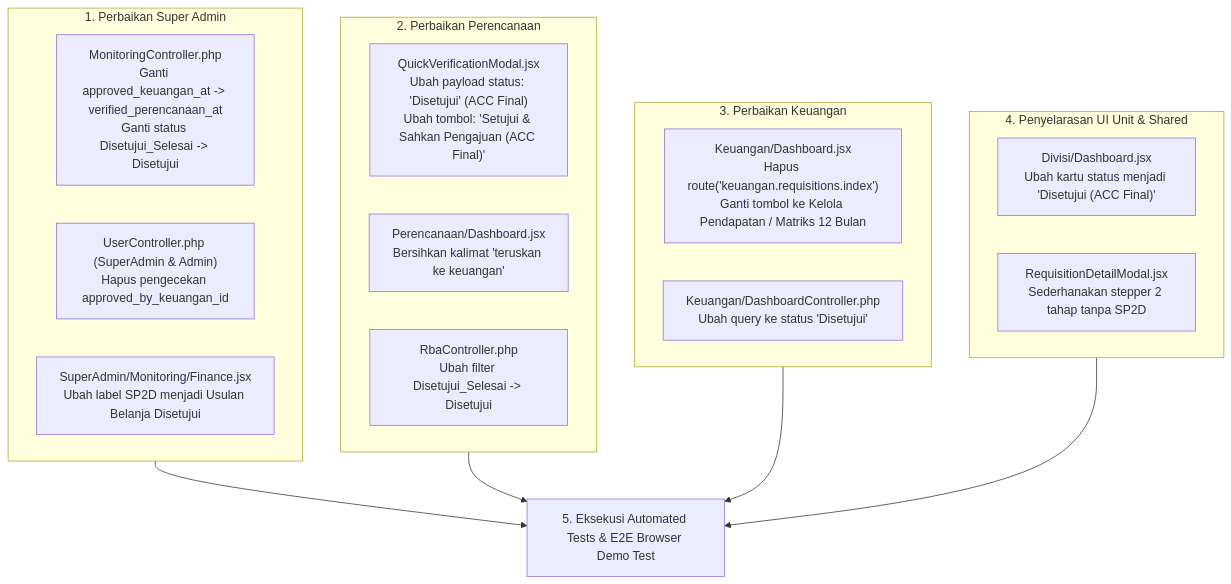
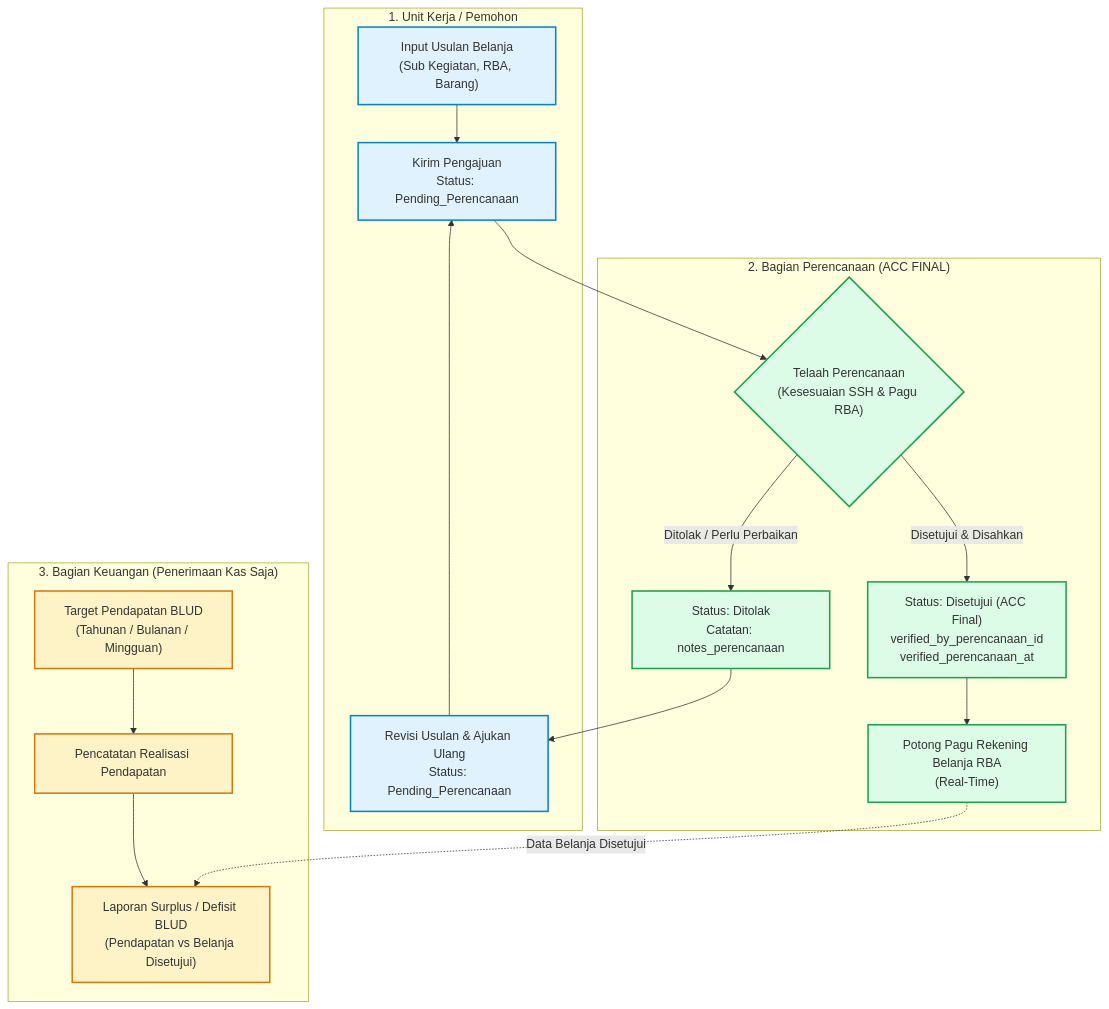
Before and after one commit to NabilSH20/si-blud: the diagram in issue.md, drawn with Mermaid. The commit also changed other lines of this file and 12 other files, not shown here.

Commit message:
chore(workflow): clean up residual keuangan references in sidebars, RBA tab 4, validation messages, and dashboards

````diff
--- a/issue.md
+++ b/issue.md
@@ -75,29 +34,28 @@
 ```mermaid
 flowchart TD
-    subgraph FIX_SUPER_ADMIN["1. Perbaikan Super Admin"]
-        SA1["MonitoringController.php<br/>Ganti approved_keuangan_at -> verified_perencanaan_at<br/>Ganti status Disetujui_Selesai -> Disetujui"]
-        SA2["UserController.php (SuperAdmin & Admin)<br/>Hapus pengecekan approved_by_keuangan_id"]
-        SA3["SuperAdmin/Monitoring/Finance.jsx<br/>Ubah label SP2D menjadi Usulan Belanja Disetujui"]
+    subgraph Unit_Kerja["1. Unit Kerja / Pemohon"]
+        A["Input Usulan Belanja<br/>(Sub Kegiatan, RBA, Barang)"] --> B["Kirim Pengajuan<br/>Status: Pending_Perencanaan"]
+        Rev["Revisi Usulan & Ajukan Ulang<br/>Status: Pending_Perencanaan"] --> B
     end
 
-    subgraph FIX_PERENCANAAN["2. Perbaikan Perencanaan"]
-        P1["QuickVerificationModal.jsx<br/>Ubah payload status: 'Disetujui' (ACC Final)<br/>Ubah tombol: 'Setujui & Sahkan Pengajuan (ACC Final)'"]
-        P2["Perencanaan/Dashboard.jsx<br/>Bersihkan kalimat 'teruskan ke keuangan'"]
-        P3["RbaController.php<br/>Ubah filter Disetujui_Selesai -> Disetujui"]
+    subgraph Tim_Perencanaan["2. Bagian Perencanaan (ACC FINAL)"]
+        B --> C{"Telaah Perencanaan<br/>(Kesesuaian SSH & Pagu RBA)"}
+        C -- "Ditolak / Perlu Perbaikan" --> D["Status: Ditolak<br/>Catatan: notes_perencanaan"]
+        D --> Rev
+        C -- "Disetujui & Disahkan" --> E["Status: Disetujui (ACC Final)<br/>verified_by_perencanaan_id<br/>verified_perencanaan_at"]
+        E --> F["Potong Pagu Rekening Belanja RBA<br/>(Real-Time)"]
     end
 
-    subgraph FIX_KEUANGAN["3. Perbaikan Keuangan"]
-        K1["Keuangan/Dashboard.jsx<br/>Hapus route('keuangan.requisitions.index')<br/>Ganti tombol ke Kelola Pendapatan / Matriks 12 Bulan"]
-        K2["Keuangan/DashboardController.php<br/>Ubah query ke status 'Disetujui'"]
+    subgraph Bagian_Keuangan["3. Bagian Keuangan (Penerimaan Kas Saja)"]
+        G["Target Pendapatan BLUD<br/>(Tahunan / Bulanan / Mingguan)"] --> H["Pencatatan Realisasi Pendapatan"]
+        H --> I["Laporan Surplus / Defisit BLUD<br/>(Pendapatan vs Belanja Disetujui)"]
+        F -. "Data Belanja Disetujui" .-> I
     end
 
-    subgraph FIX_SHARED["4. Penyelarasan UI Unit & Shared"]
-        SH1["Divisi/Dashboard.jsx<br/>Ubah kartu status menjadi 'Disetujui (ACC Final)'"]
-        SH2["RequisitionDetailModal.jsx<br/>Sederhanakan stepper 2 tahap tanpa SP2D"]
-    end
-
-    FIX_SUPER_ADMIN --> TEST["5. Eksekusi Automated Tests & E2E Browser Demo Test"]
-    FIX_PERENCANAAN --> TEST
-    FIX_KEUANGAN --> TEST
-    FIX_SHARED --> TEST
+    classDef unit fill:#e0f2fe,stroke:#0284c7,stroke-width:2px;
+    classDef per fill:#dcfce7,stroke:#16a34a,stroke-width:2px;
+    classDef keu fill:#fef3c7,stroke:#d97706,stroke-width:2px;
+    class A,B,Rev unit;
+    class C,D,E,F per;
+    class G,H,I keu;
 ```
````
